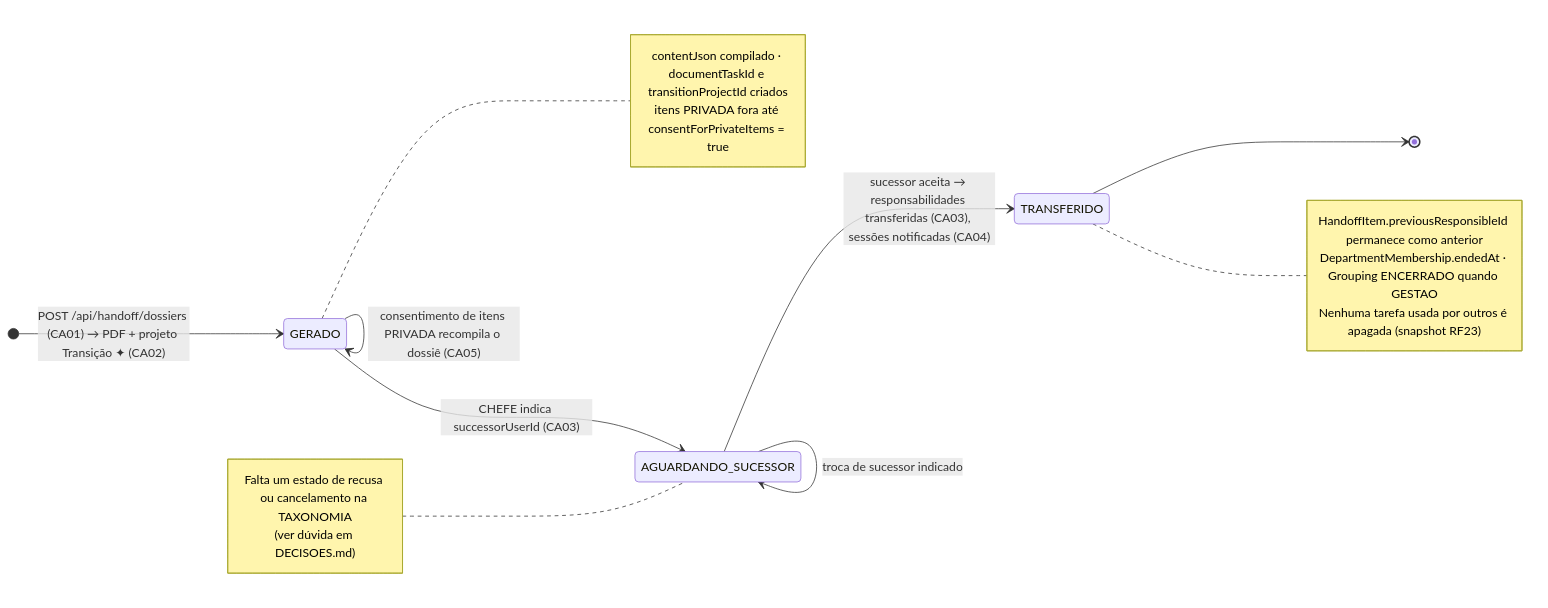
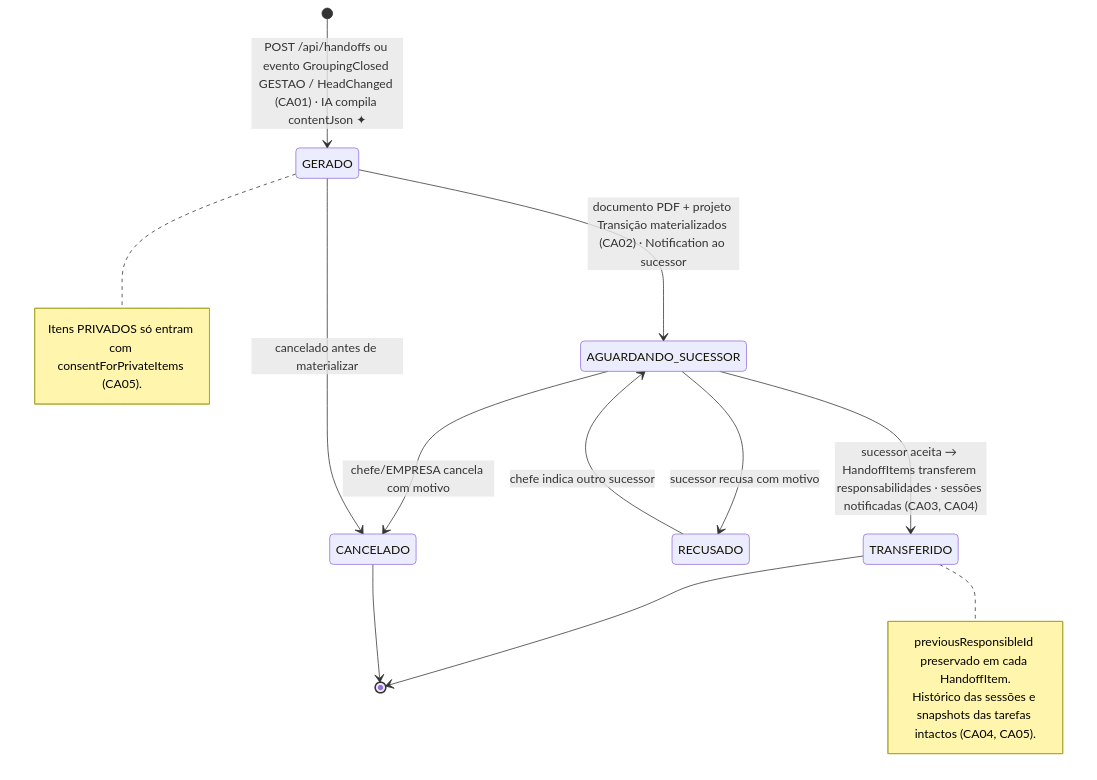
Before and after one commit to MatheusHaliski/Decia-app-2026: the fourth of 5 diagrams in docs/diagramas/RF36/README.md, drawn with Mermaid. The commit also changed other lines of this file and 1 other file, not shown here.

First line of the commit message:
docs(diagramas): reescreve RF35–RF36 (metas coletivas, destaques, reconhecimentos, dossiê de transição)

````diff
--- a/docs/diagramas/RF36/README.md
+++ b/docs/diagramas/RF36/README.md
@@ -446,23 +379,19 @@
 ```mermaid
 stateDiagram-v2
-  direction LR
-  [*] --> GERADO : POST /api/handoff/dossiers (CA01) → PDF + projeto Transição ✦ (CA02)
-  GERADO --> GERADO : consentimento de itens PRIVADA recompila o dossiê (CA05)
-  GERADO --> AGUARDANDO_SUCESSOR : CHEFE indica successorUserId (CA03)
-  AGUARDANDO_SUCESSOR --> AGUARDANDO_SUCESSOR : troca de sucessor indicado
-  AGUARDANDO_SUCESSOR --> TRANSFERIDO : sucessor aceita → responsabilidades transferidas (CA03), sessões notificadas (CA04)
+  [*] --> GERADO: POST /api/handoffs ou evento GroupingClosed GESTAO / HeadChanged (CA01) · IA compila contentJson ✦
+  GERADO --> AGUARDANDO_SUCESSOR: documento PDF + projeto Transição materializados (CA02) · Notification ao sucessor
+  AGUARDANDO_SUCESSOR --> TRANSFERIDO: sucessor aceita → HandoffItems transferem responsabilidades · sessões notificadas (CA03, CA04)
+  AGUARDANDO_SUCESSOR --> RECUSADO: sucessor recusa com motivo
+  RECUSADO --> AGUARDANDO_SUCESSOR: chefe indica outro sucessor
+  AGUARDANDO_SUCESSOR --> CANCELADO: chefe/EMPRESA cancela com motivo
+  GERADO --> CANCELADO: cancelado antes de materializar
   TRANSFERIDO --> [*]
+  CANCELADO --> [*]
+  note right of TRANSFERIDO
+    previousResponsibleId preservado em cada HandoffItem.
+    Histórico das sessões e snapshots das tarefas intactos (CA04, CA05).
+  end note
   note right of GERADO
-    contentJson compilado · documentTaskId e transitionProjectId criados
-    itens PRIVADA fora até consentForPrivateItems = true
-  end note
-  note right of TRANSFERIDO
-    HandoffItem.previousResponsibleId permanece como anterior
-    DepartmentMembership.endedAt · Grouping ENCERRADO quando GESTAO
-    Nenhuma tarefa usada por outros é apagada (snapshot RF23)
-  end note
-  note left of AGUARDANDO_SUCESSOR
-    Falta um estado de recusa ou cancelamento na TAXONOMIA
-    (ver dúvida em DECISOES.md)
+    Itens PRIVADOS só entram com consentForPrivateItems (CA05).
   end note
 ```
````
